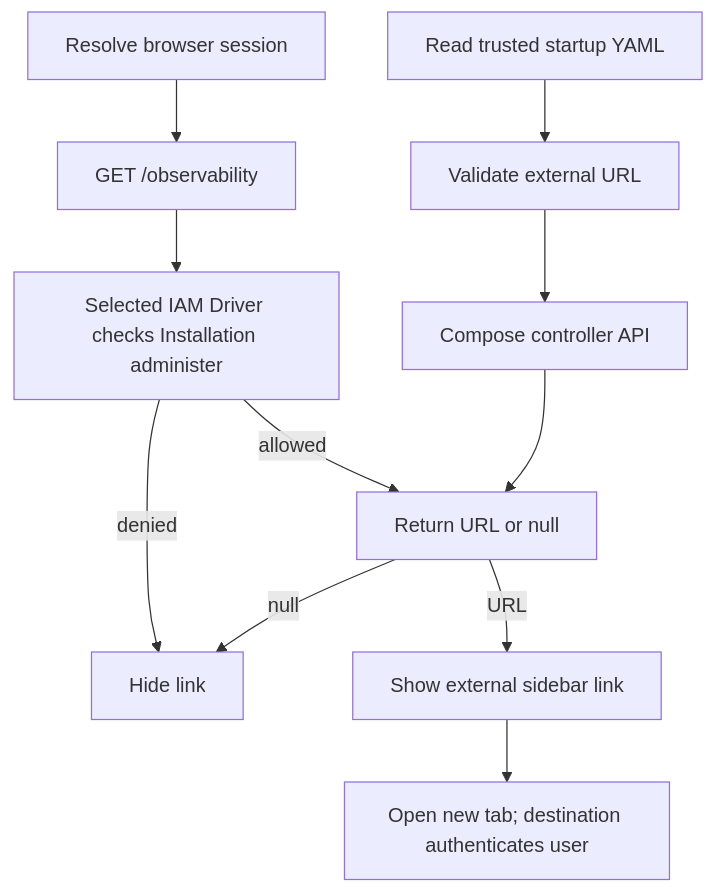
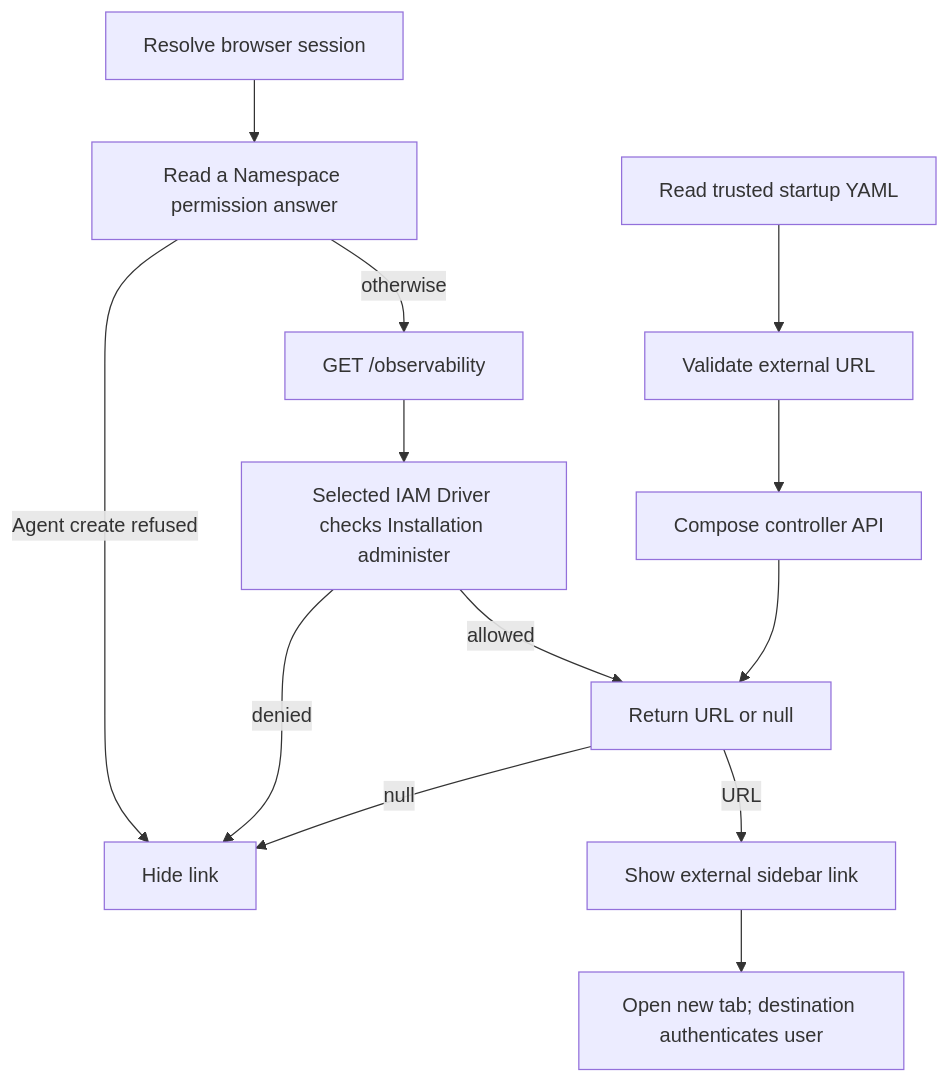
The diagram in docs/flows/platform-console/observability-link.md (RaymondMcCreesh/openclaw-enterprise), drawn with Mermaid before and after one commit. The commit also changed other lines of this file and 9 other files, not shown here.

````diff
--- a/docs/flows/platform-console/observability-link.md
+++ b/docs/flows/platform-console/observability-link.md
@@ -23,13 +23,15 @@
 ```mermaid
 graph TD
   A["Read trusted startup YAML"] --> B["Validate external URL"]
   B --> C["Compose controller API"]
-  D["Resolve browser session"] --> E["GET /observability"]
+  D["Resolve browser session"] --> K["Read a Namespace permission answer"]
+  K -->|Agent create refused| H
+  K -->|otherwise| E["GET /observability"]
   E --> F["Selected IAM Driver checks Installation administer"]
   F -->|allowed| G["Return URL or null"]
   F -->|denied| H["Hide link"]
   G -->|URL| I["Show external sidebar link"]
   G -->|null| H
   C --> G
   I --> J["Open new tab; destination authenticates user"]
 ```
````
